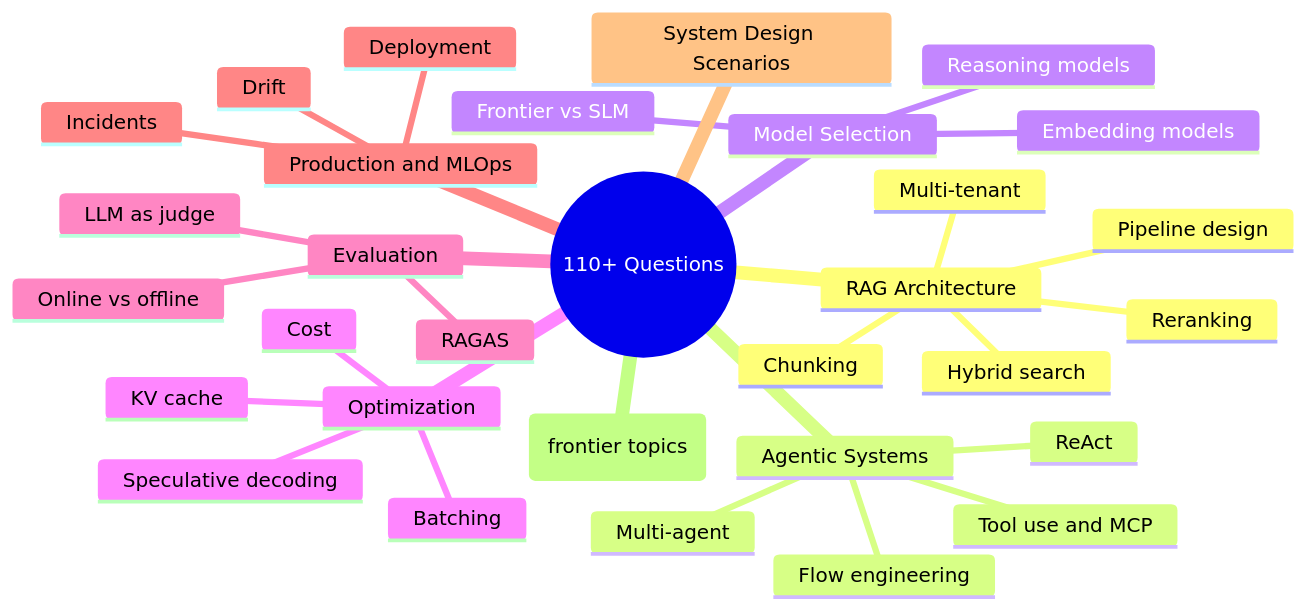
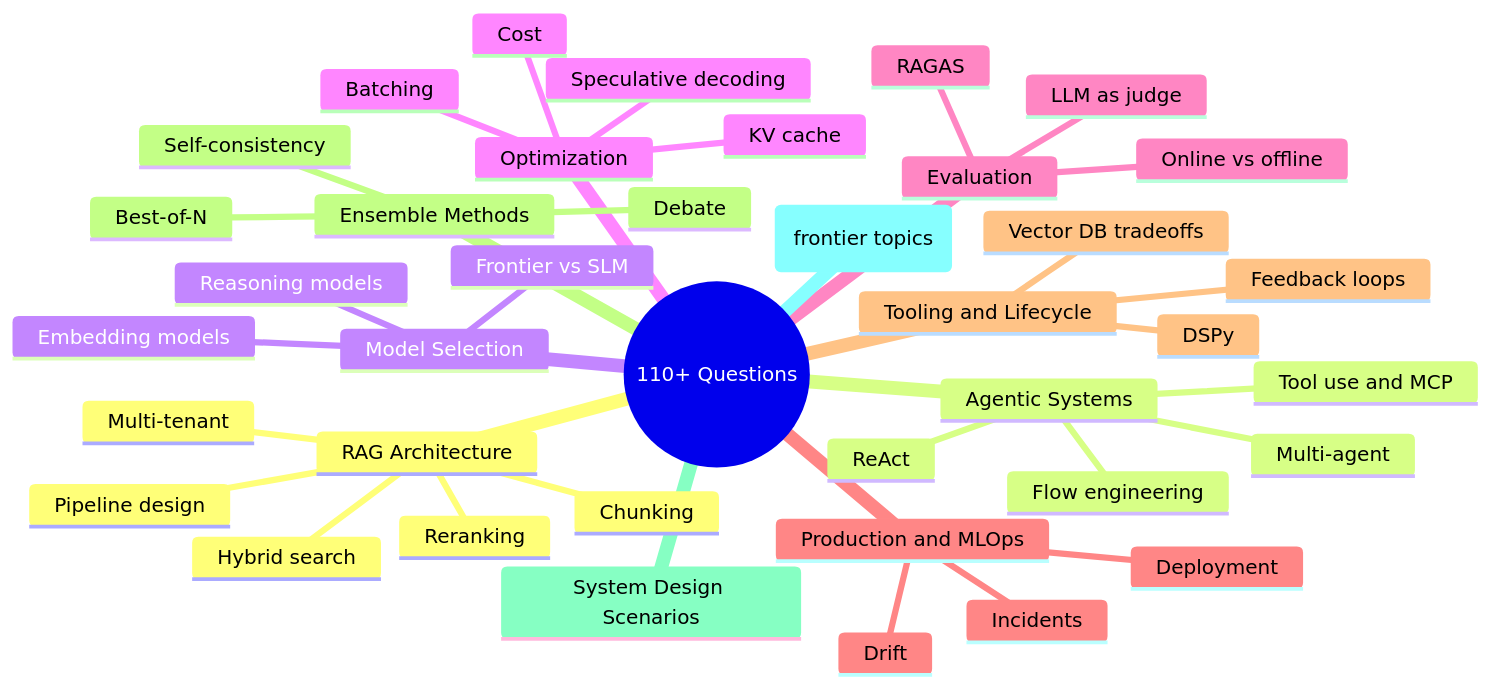
One commit to nckhemanth/AI-Engineering changed the first of 3 diagrams in 00-interview-prep/01-question-bank.md. Above: the diagram before and after it, drawn with Mermaid. The commit also changed other lines of this file, not shown here.

````diff
--- a/00-interview-prep/01-question-bank.md
+++ b/00-interview-prep/01-question-bank.md
@@ -9,34 +9,42 @@
 ```mermaid
 mindmap
   root((110+ Questions))
     RAG Architecture
       Pipeline design
       Chunking
       Hybrid search
       Reranking
       Multi-tenant
     Agentic Systems
       ReAct
       Tool use and MCP
       Multi-agent
       Flow engineering
     Model Selection
       Frontier vs SLM
       Reasoning models
       Embedding models
     Optimization
       KV cache
       Speculative decoding
       Batching
       Cost
     Evaluation
       RAGAS
       LLM as judge
       Online vs offline
     Production and MLOps
       Deployment
       Drift
       Incidents
+    Tooling and Lifecycle
+      Vector DB tradeoffs
+      DSPy
+      Feedback loops
+    Ensemble Methods
+      Self-consistency
+      Best-of-N
+      Debate
     System Design Scenarios
     Advanced sets (frontier topics)
 ```
````
